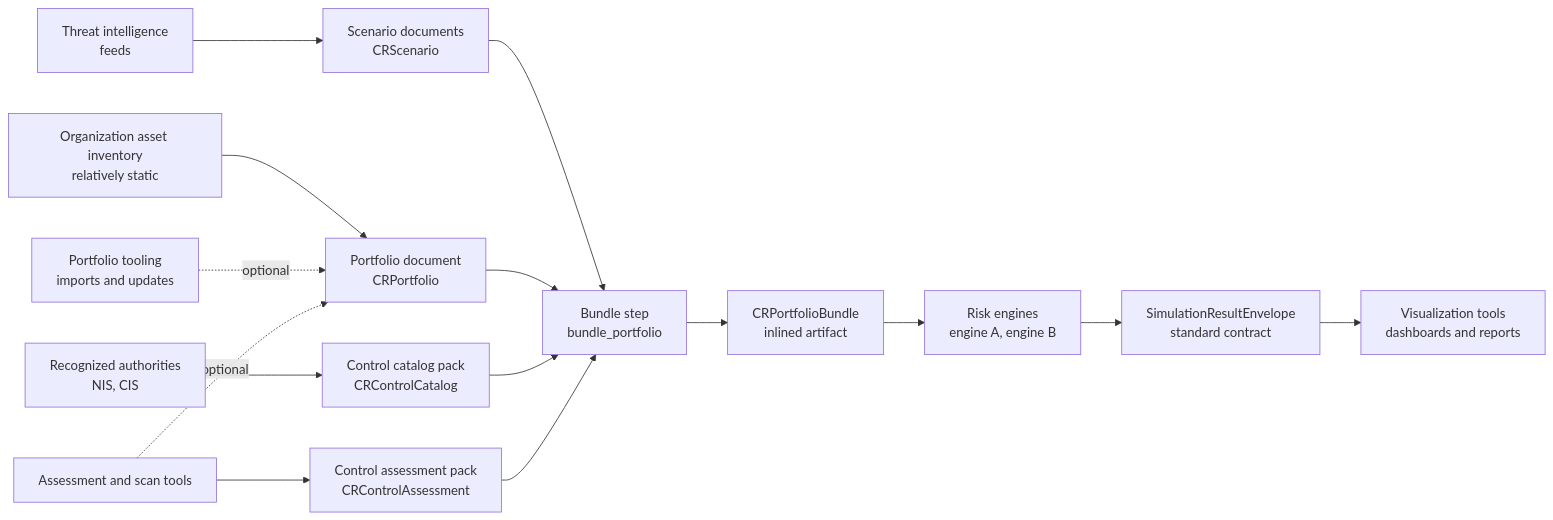
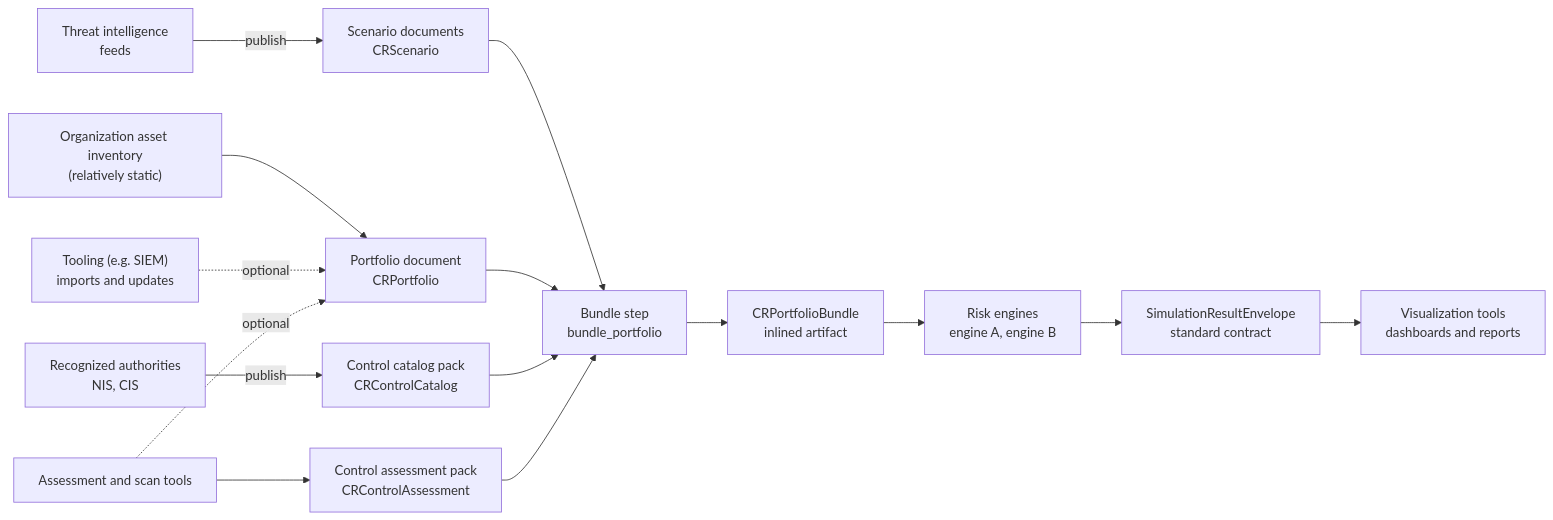
One commit to Xentraxx/crml changed the second of 2 diagrams in wiki/Concepts/Architecture.md. Above: the diagram before and after it, drawn with Mermaid. The commit also changed other lines of this file and 4 other files, not shown here.

````diff
--- a/wiki/Concepts/Architecture.md
+++ b/wiki/Concepts/Architecture.md
@@ -53,22 +53,22 @@
 ```mermaid
 flowchart LR
-    TI["Threat intelligence<br/>feeds"] --> S["Scenario documents<br/>CRScenario"]
+    TI["Threat intelligence<br/>feeds"] -->|publish| S["Scenario documents<br/>CRScenario"]
 
-    ORG["Organization asset inventory<br/>relatively static"] --> P["Portfolio document<br/>CRPortfolio"]
-    TOOL["Portfolio tooling<br/>imports and updates"] -.->|optional| P
+    ORG["Organization asset inventory<br/>(relatively static)"] --> P["Portfolio document<br/>CRPortfolio"]
+    TOOL["Tooling (e.g. SIEM)<br/>imports and updates"] -.->|optional| P
 
-    AUTH["Recognized authorities<br/>NIS, CIS"] --> CC["Control catalog pack<br/>CRControlCatalog"]
+    AUTH["Recognized authorities<br/>NIS, CIS"] -->|publish| CC["Control catalog pack<br/>CRControlCatalog"]
     SCAN["Assessment and scan tools"] --> CA["Control assessment pack<br/>CRControlAssessment"]
     SCAN -.->|optional| P
 
     S --> B["Bundle step<br/>bundle_portfolio"]
     P --> B
     CC --> B
     CA --> B
 
     B --> PB["CRPortfolioBundle<br/>inlined artifact"]
 
     PB --> ENG["Risk engines<br/>engine A, engine B"]
     ENG --> OUT["SimulationResultEnvelope<br/>standard contract"]
     OUT --> VIZ["Visualization tools<br/>dashboards and reports"]
 ```
````
